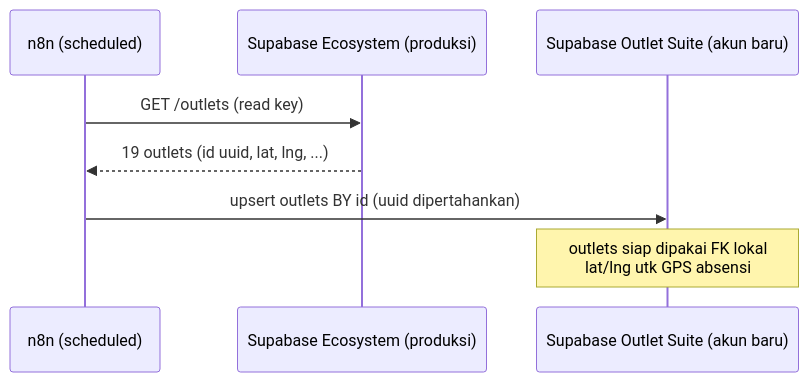
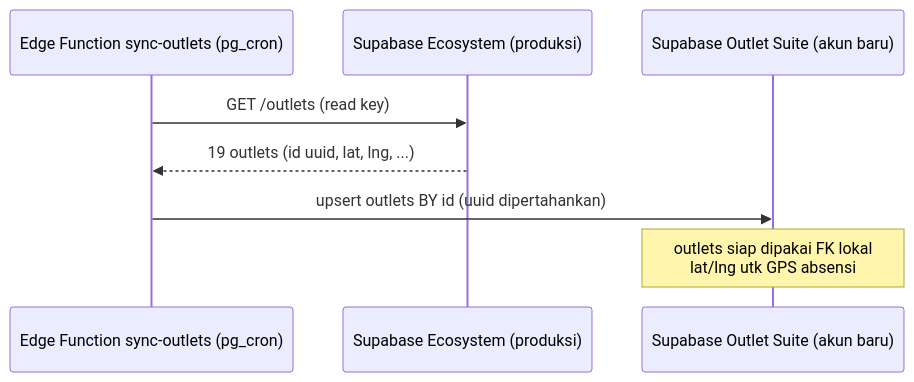
One commit to dev-sukashawarma/DIGITALISASI-SS-PROJECT changed the first of 7 diagrams in docs/FLOWS.md. Above: the diagram before and after it, drawn with Mermaid. The commit also changed other lines of this file and 10 other files, not shown here.

First line of the commit message:
refactor(docs): sinkron data pakai Edge Function + pg_cron, bukan n8n (ADR-006)

````diff
--- a/docs/FLOWS.md
+++ b/docs/FLOWS.md
@@ -10,11 +10,11 @@
 ```mermaid
 sequenceDiagram
-    participant N as n8n (scheduled)
+    participant N as Edge Function sync-outlets (pg_cron)
     participant E as Supabase Ecosystem (produksi)
     participant S as Supabase Outlet Suite (akun baru)
 
     N->>E: GET /outlets (read key)
     E-->>N: 19 outlets (id uuid, lat, lng, ...)
     N->>S: upsert outlets BY id (uuid dipertahankan)
     Note over S: outlets siap dipakai FK lokal<br/>lat/lng utk GPS absensi
 ```
````
